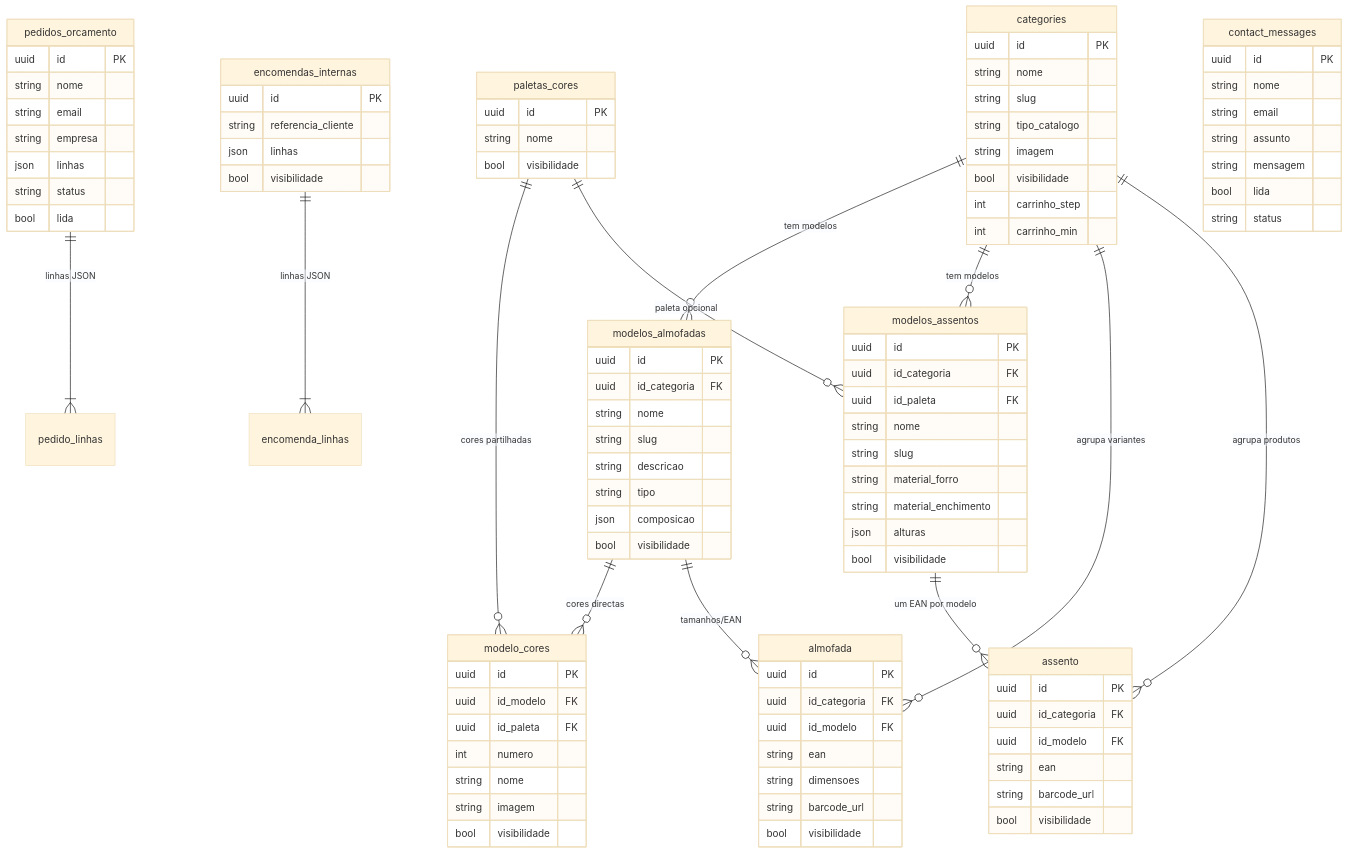
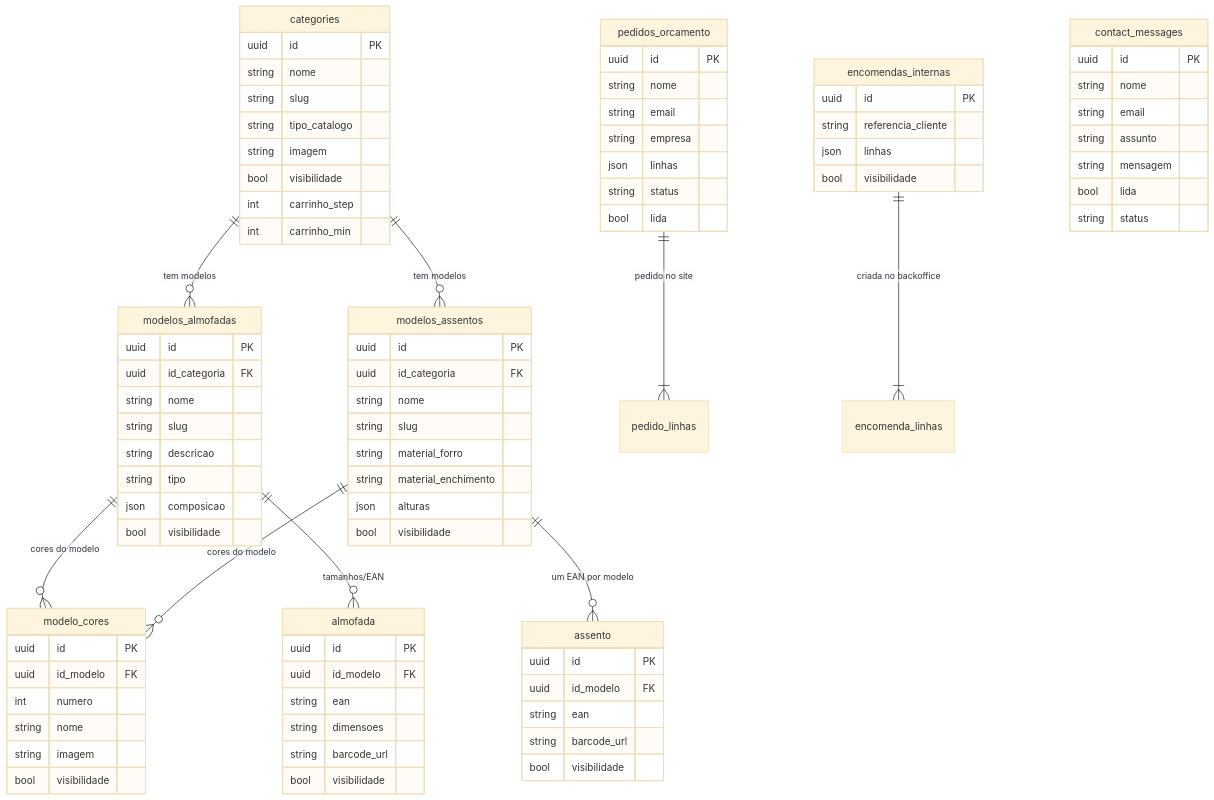
The diagram in docs/BD_COMERCIAL.md (tomascms/diomika), drawn with Mermaid (base theme) before and after one commit. The commit also changed other lines of this file and 24 other files, not shown here.

```diff
--- a/docs/BD_COMERCIAL.md
+++ b/docs/BD_COMERCIAL.md
@@ -13,19 +14,15 @@
 erDiagram
     categories ||--o{ modelos_almofadas : "tem modelos"
     categories ||--o{ modelos_assentos : "tem modelos"
-    categories ||--o{ almofada : "agrupa variantes"
-    categories ||--o{ assento : "agrupa produtos"
 
-    modelos_almofadas ||--o{ modelo_cores : "cores directas"
+    modelos_almofadas ||--o{ modelo_cores : "cores do modelo"
     modelos_almofadas ||--o{ almofada : "tamanhos/EAN"
 
-    paletas_cores ||--o{ modelo_cores : "cores partilhadas"
-    paletas_cores ||--o{ modelos_assentos : "paleta opcional"
-
+    modelos_assentos ||--o{ modelo_cores : "cores do modelo"
     modelos_assentos ||--o{ assento : "um EAN por modelo"
 
-    pedidos_orcamento ||--|{ pedido_linhas : "linhas JSON"
-    encomendas_internas ||--|{ encomenda_linhas : "linhas JSON"
+    pedidos_orcamento ||--|{ pedido_linhas : "pedido no site"
+    encomendas_internas ||--|{ encomenda_linhas : "criada no backoffice"
 
     categories {
         uuid id PK
@@ -52,7 +49,6 @@
     modelo_cores {
         uuid id PK
         uuid id_modelo FK
-        uuid id_paleta FK
         int numero
         string nome
         string imagem
@@ -61,7 +57,6 @@
 
     almofada {
         uuid id PK
-        uuid id_categoria FK
         uuid id_modelo FK
         string ean
         string dimensoes
@@ -69,16 +64,9 @@
         bool visibilidade
     }
 
-    paletas_cores {
-        uuid id PK
-        string nome
-        bool visibilidade
-    }
-
     modelos_assentos {
         uuid id PK
         uuid id_categoria FK
-        uuid id_paleta FK
         string nome
         string slug
         string material_forro
@@ -89,7 +77,6 @@
 
     assento {
         uuid id PK
-        uuid id_categoria FK
         uuid id_modelo FK
         string ean
         string barcode_url
```
